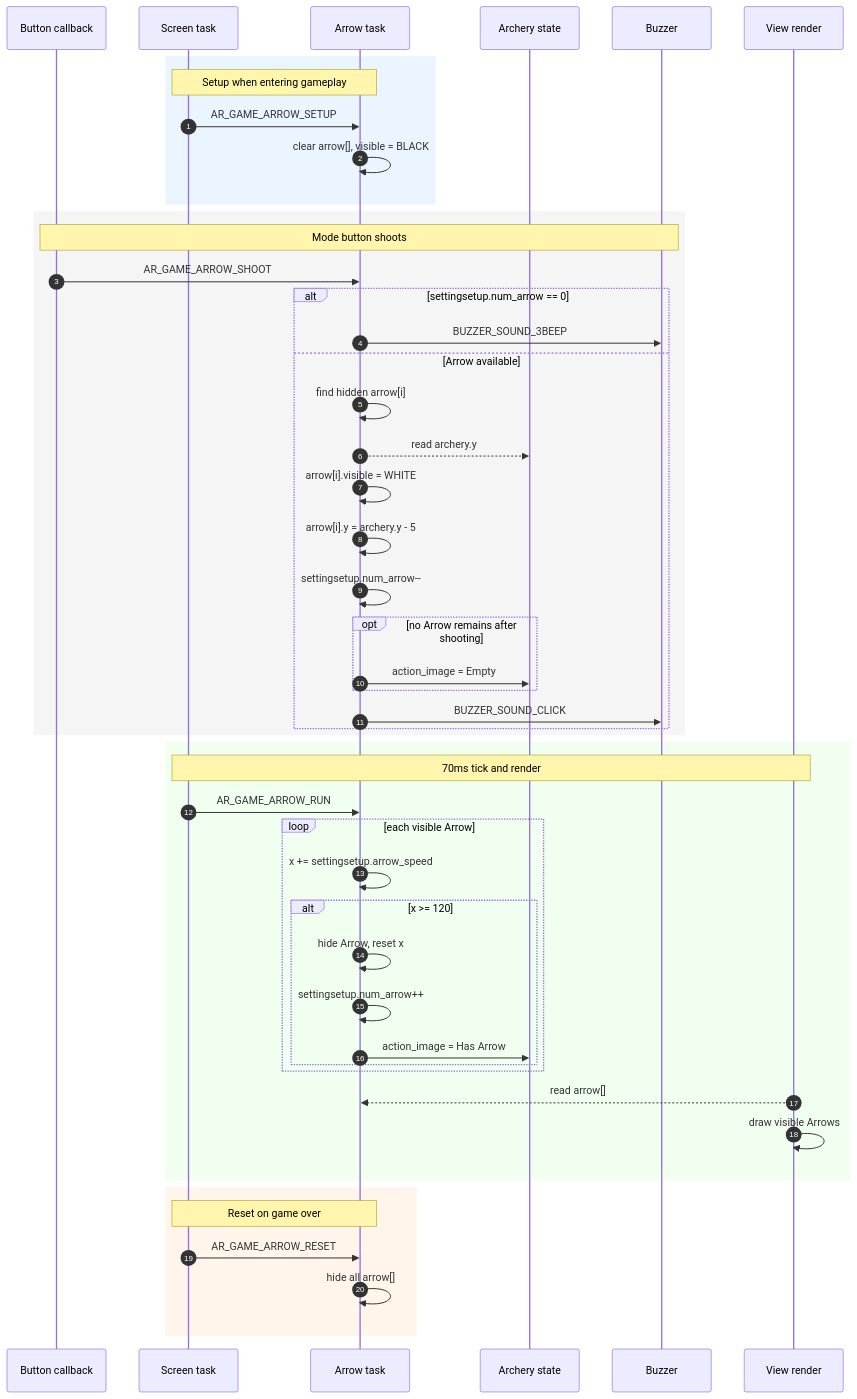
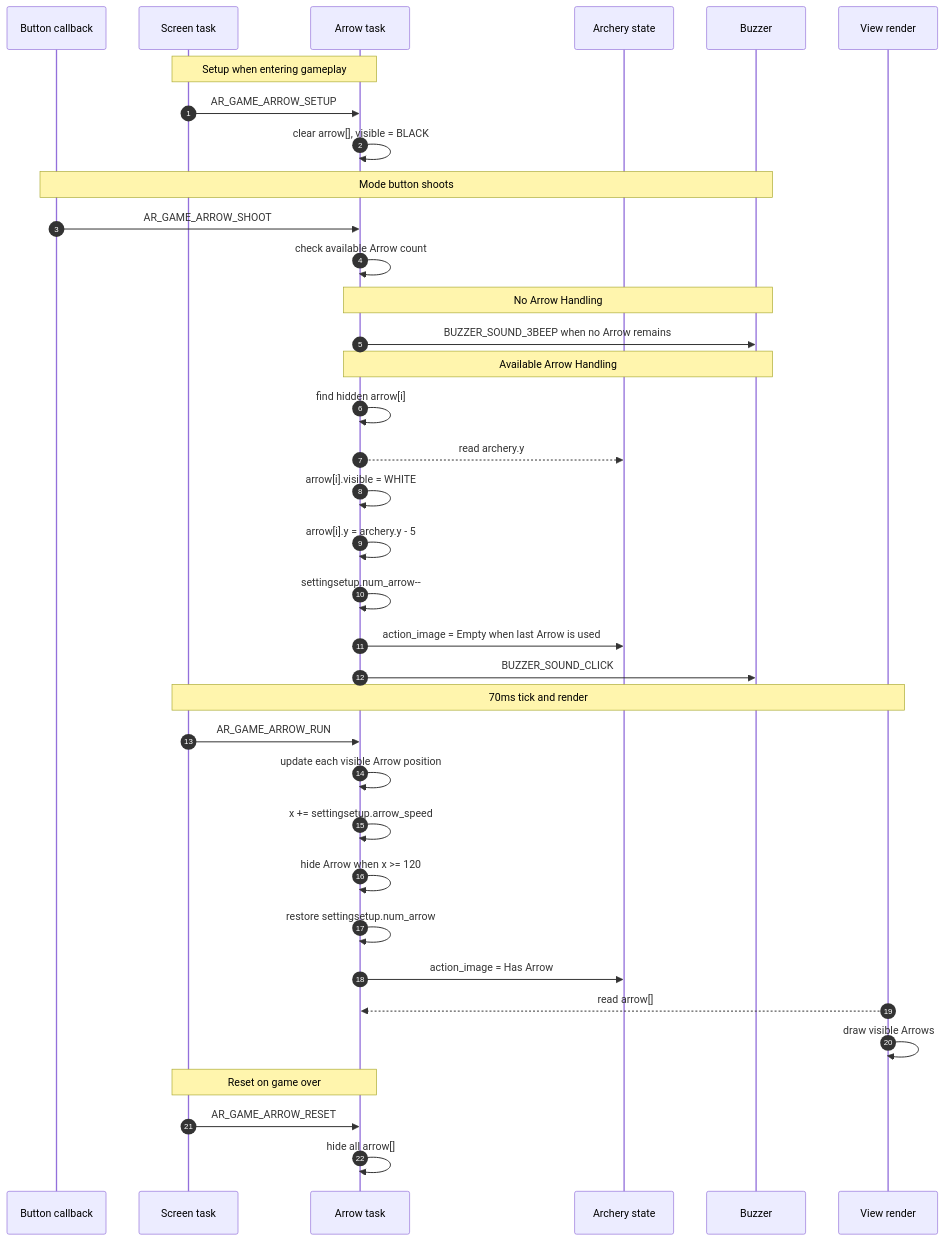
Before and after one commit to QuocBuu/archery_game: the third of 7 diagrams in README.md, drawn with Mermaid. The commit also changed other lines of this file and 1 other file, not shown here.

````diff
--- a/README.md
+++ b/README.md
@@ -286,55 +268,44 @@
 ```mermaid
 sequenceDiagram
     autonumber
     participant Btn as Button callback
     participant Scr as Screen task
     participant A as Arrow task
     participant Bow as Archery state
     participant Buzz as Buzzer
     participant View as View render
 
-    rect rgb(235, 245, 255)
-        Note over Scr,A: Setup when entering gameplay
-        Scr->>A: AR_GAME_ARROW_SETUP
-        A->>A: clear arrow[], visible = BLACK
-    end
+    Note over Scr,A: Setup when entering gameplay
+    Scr->>A: AR_GAME_ARROW_SETUP
+    A->>A: clear arrow[], visible = BLACK
 
-    rect rgb(245, 245, 245)
-        Note over Btn,Buzz: Mode button shoots
-        Btn->>A: AR_GAME_ARROW_SHOOT
-        alt settingsetup.num_arrow == 0
-            A->>Buzz: BUZZER_SOUND_3BEEP
-        else Arrow available
-            A->>A: find hidden arrow[i]
-            A-->>Bow: read archery.y
-            A->>A: arrow[i].visible = WHITE
-            A->>A: arrow[i].y = archery.y - 5
-            A->>A: settingsetup.num_arrow--
-            opt no Arrow remains after shooting
-                A->>Bow: action_image = Empty
-            end
-            A->>Buzz: BUZZER_SOUND_CLICK
-        end
-    end
+    Note over Btn,Buzz: Mode button shoots
+    Btn->>A: AR_GAME_ARROW_SHOOT
+    A->>A: check available Arrow count
 
-    rect rgb(240, 255, 240)
-        Note over Scr,View: 70ms tick and render
-        Scr->>A: AR_GAME_ARROW_RUN
-        loop each visible Arrow
-            A->>A: x += settingsetup.arrow_speed
-            alt x >= 120
-                A->>A: hide Arrow, reset x
-                A->>A: settingsetup.num_arrow++
-                A->>Bow: action_image = Has Arrow
-            end
-        end
-        View-->>A: read arrow[]
-        View->>View: draw visible Arrows
-    end
+    Note over A,Buzz: No Arrow Handling
+    A->>Buzz: BUZZER_SOUND_3BEEP when no Arrow remains
 
-    rect rgb(255, 245, 235)
-        Note over Scr,A: Reset on game over
-        Scr->>A: AR_GAME_ARROW_RESET
-        A->>A: hide all arrow[]
-    end
+    Note over A,Buzz: Available Arrow Handling
+    A->>A: find hidden arrow[i]
+    A-->>Bow: read archery.y
+    A->>A: arrow[i].visible = WHITE
+    A->>A: arrow[i].y = archery.y - 5
+    A->>A: settingsetup.num_arrow--
+    A->>Bow: action_image = Empty when last Arrow is used
+    A->>Buzz: BUZZER_SOUND_CLICK
+
+    Note over Scr,View: 70ms tick and render
+    Scr->>A: AR_GAME_ARROW_RUN
+    A->>A: update each visible Arrow position
+    A->>A: x += settingsetup.arrow_speed
+    A->>A: hide Arrow when x >= 120
+    A->>A: restore settingsetup.num_arrow
+    A->>Bow: action_image = Has Arrow
+    View-->>A: read arrow[]
+    View->>View: draw visible Arrows
+
+    Note over Scr,A: Reset on game over
+    Scr->>A: AR_GAME_ARROW_RESET
+    A->>A: hide all arrow[]
 ```
````
